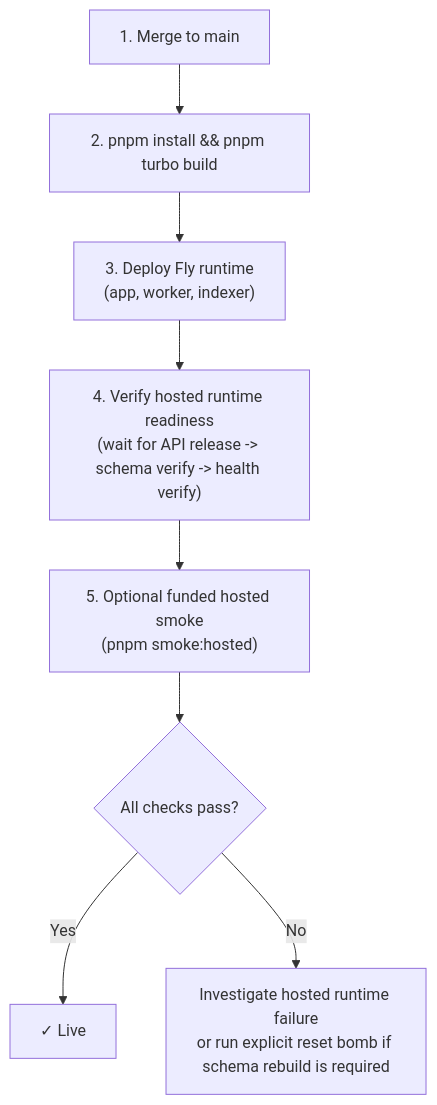
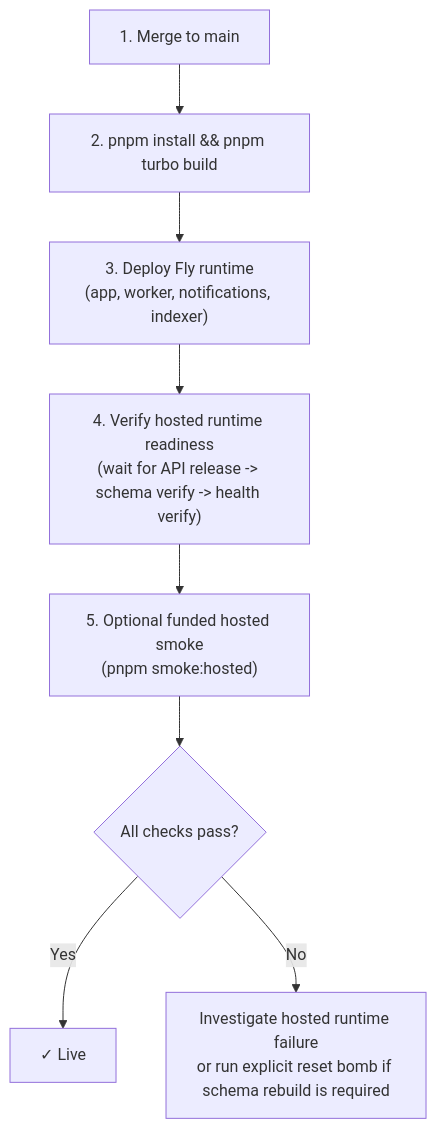
The diagram in docs/deployment.md (andymolecule/Hermes), drawn with Mermaid before and after one commit. The commit also changed other lines of this file and 13 other files, not shown here.

Commit message:
Add agent payout webhook backfill and Fly notification worker

````diff
--- a/docs/deployment.md
+++ b/docs/deployment.md
@@ -187,10 +188,10 @@
 ```mermaid
 flowchart TB
     A["1. Merge to main"] --> B["2. pnpm install && pnpm turbo build"]
-    B --> C["3. Deploy Fly runtime<br/>(app, worker, indexer)"]
+    B --> C["3. Deploy Fly runtime<br/>(app, worker, notifications, indexer)"]
     C --> D["4. Verify hosted runtime readiness<br/>(wait for API release -> schema verify -> health verify)"]
     D --> E["5. Optional funded hosted smoke<br/>(pnpm smoke:hosted)"]
     E --> F{"All checks pass?"}
     F -->|Yes| G["✓ Live"]
     F -->|No| H["Investigate hosted runtime failure<br/>or run explicit reset bomb if schema rebuild is required"]
 ```
````
